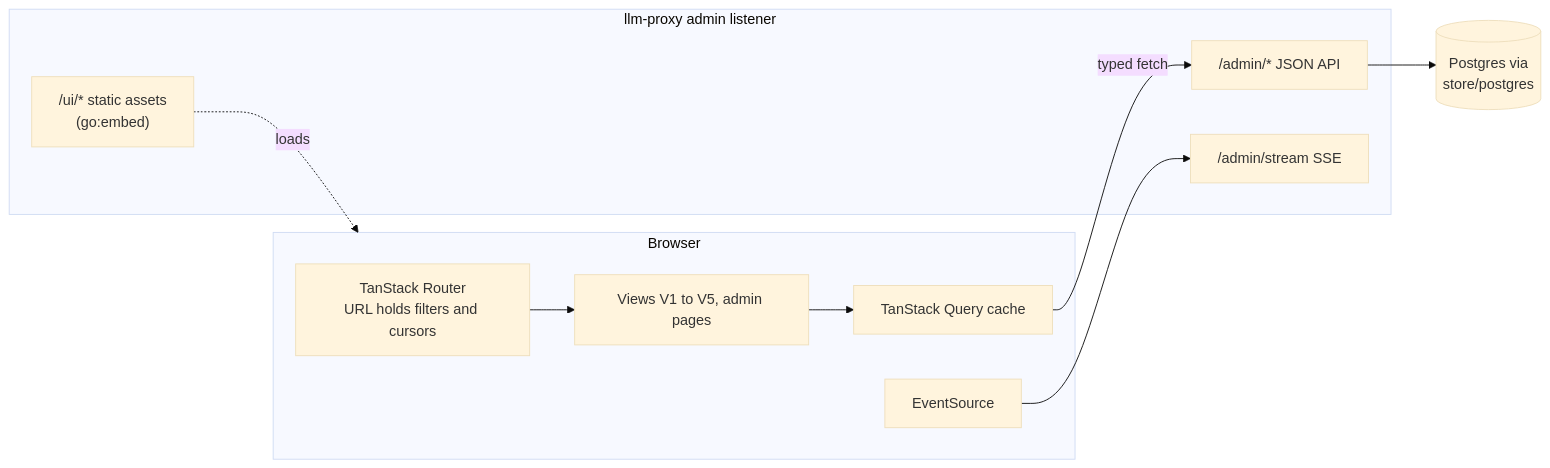
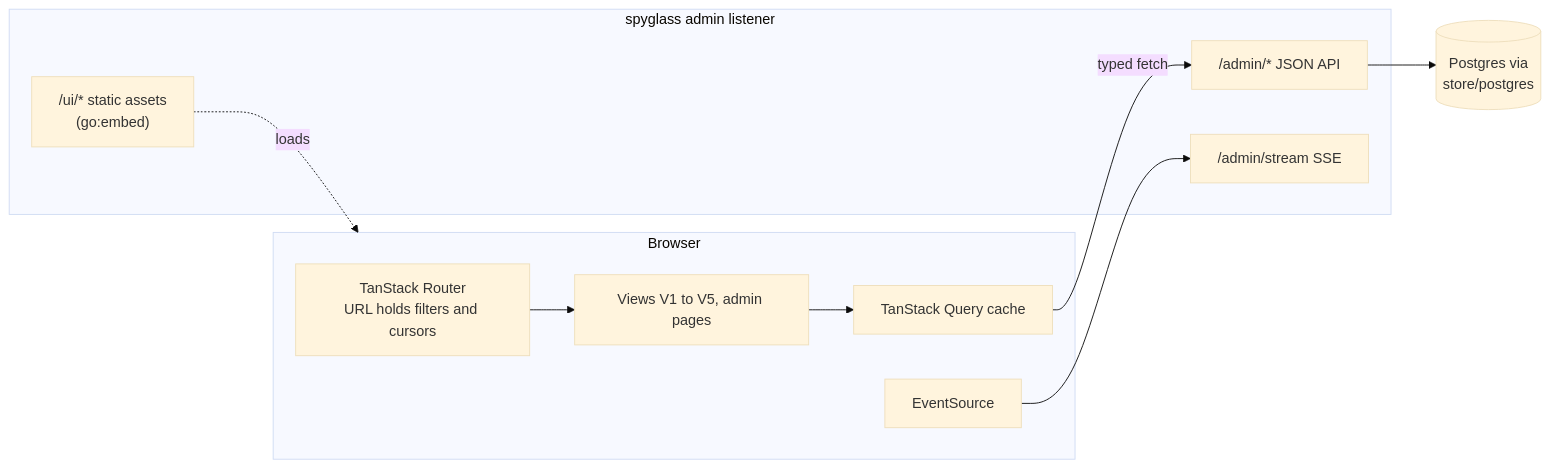
Before and after one commit to mtanzi/llm-proxy: the diagram in docs/architecture/frontend.md, drawn with Mermaid (base theme). The commit also changed other lines of this file and 147 other files, not shown here.

First line of the commit message:
feat: rename llm-proxy to spyglass (#105)

````diff
--- a/docs/architecture/frontend.md
+++ b/docs/architecture/frontend.md
@@ -13,22 +13,22 @@
 ```mermaid
 flowchart LR
     subgraph browser[Browser]
         router[TanStack Router<br/>URL holds filters and cursors]
         qc[TanStack Query cache]
         views[Views V1 to V5, admin pages]
         es[EventSource]
     end
-    subgraph go[llm-proxy admin listener]
+    subgraph go[spyglass admin listener]
         spa["/ui/* static assets<br/>(go:embed)"]
         api["/admin/* JSON API"]
         stream["/admin/stream SSE"]
     end
     pg[(Postgres via<br/>store/postgres)]
 
     router --> views
     views --> qc
     qc -->|typed fetch| api
     es --> stream
     spa -.loads.-> browser
     api --> pg
 ```
````
